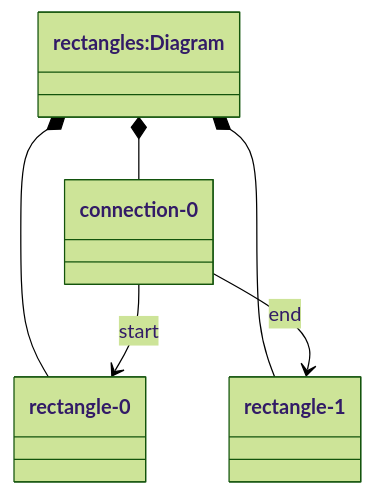
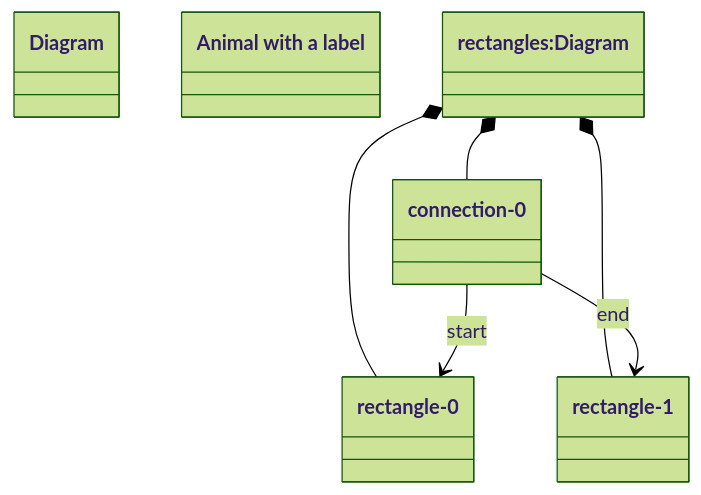
One commit to LionWeb-io/lionweb-server changed the first of 2 diagrams in packages/test/shapes/shapes.md. Above: the diagram before and after it, drawn with Mermaid. The commit also changed other lines of this file and 50 other files, not shown here.

````diff
--- a/packages/test/shapes/shapes.md
+++ b/packages/test/shapes/shapes.md
@@ -61,17 +61,20 @@
 ```mermaid
 %%{init: {'theme': 'forest'} }%%
     classDiagram
     direction TD
     %% other possibilites: LR RL DT TB (same as TD)
-    class `rectangles:Diagram`  {
+    class rectangles["Diagram"]  {
+        
     }
     class `rectangle-0` {
     }
     class `connection-0` {
     }
+    class AAA["Animal with a label"]
+
 `rectangles:Diagram` *-- `connection-0`
 `rectangles:Diagram` *-- `rectangle-0`
 `rectangles:Diagram` *-- `rectangle-1`
 `connection-0` --> `rectangle-0` : start
 `connection-0` --> `rectangle-1` : end
 ```
````
